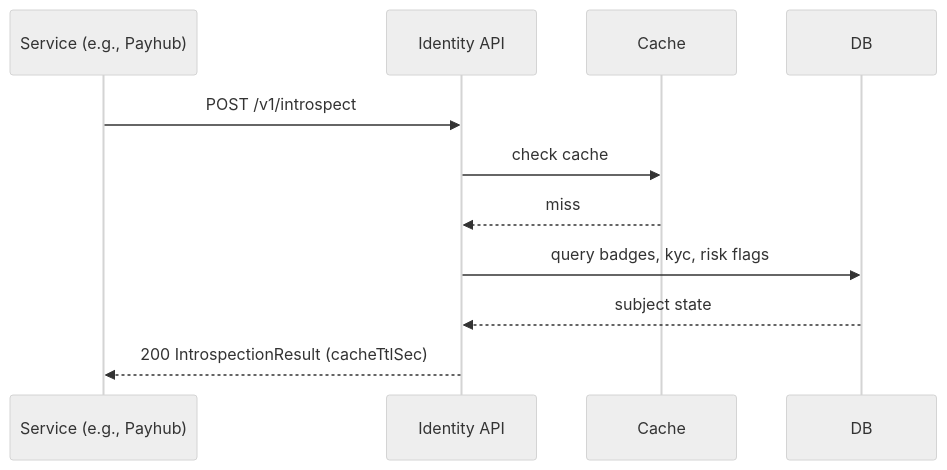
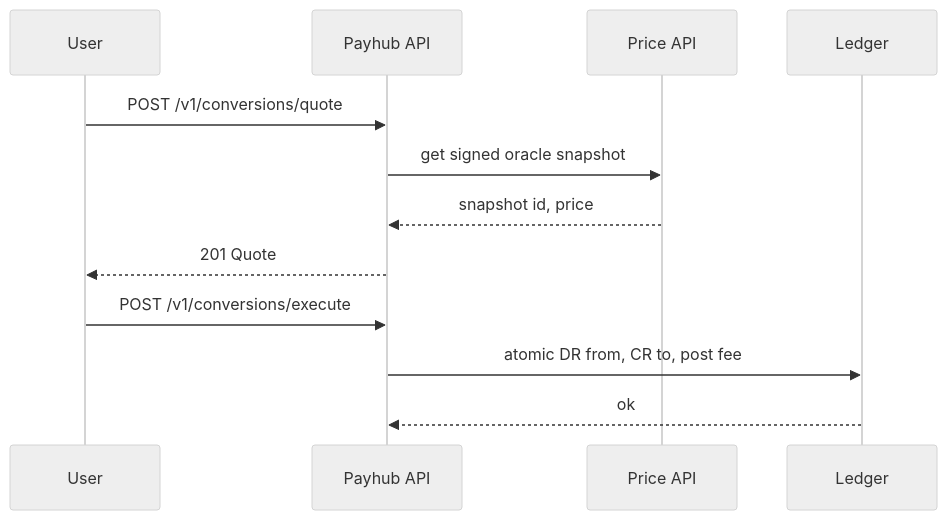
The sixth of 7 diagrams in SystemDesign.md (bkkac/tg-miniapp-payhub-service), drawn with Mermaid (neutral theme) before and after one commit. The commit also changed other lines of this file, not shown here.

````diff
--- a/SystemDesign.md
+++ b/SystemDesign.md
@@ -1068,13 +1028,14 @@
 ```mermaid
 sequenceDiagram
-  participant S as Service (e.g., Payhub)
-  participant API as Identity API
-  participant C as Cache
-  participant DB as DB
-  S->>API: POST /v1/introspect
-  API->>C: check cache
-  C-->>API: miss
-  API->>DB: query badges, kyc, risk flags
-  DB-->>API: subject state
-  API-->>S: 200 IntrospectionResult (cacheTtlSec)
+  participant U as User
+  participant PH as Payhub API
+  participant PR as Price API
+  participant DB as Ledger
+  U->>PH: POST /v1/conversions/quote
+  PH->>PR: get signed oracle snapshot
+  PR-->>PH: snapshot id, price
+  PH-->>U: 201 Quote
+  U->>PH: POST /v1/conversions/execute
+  PH->>DB: atomic DR from, CR to, post fee
+  DB-->>PH: ok
 ```
````
